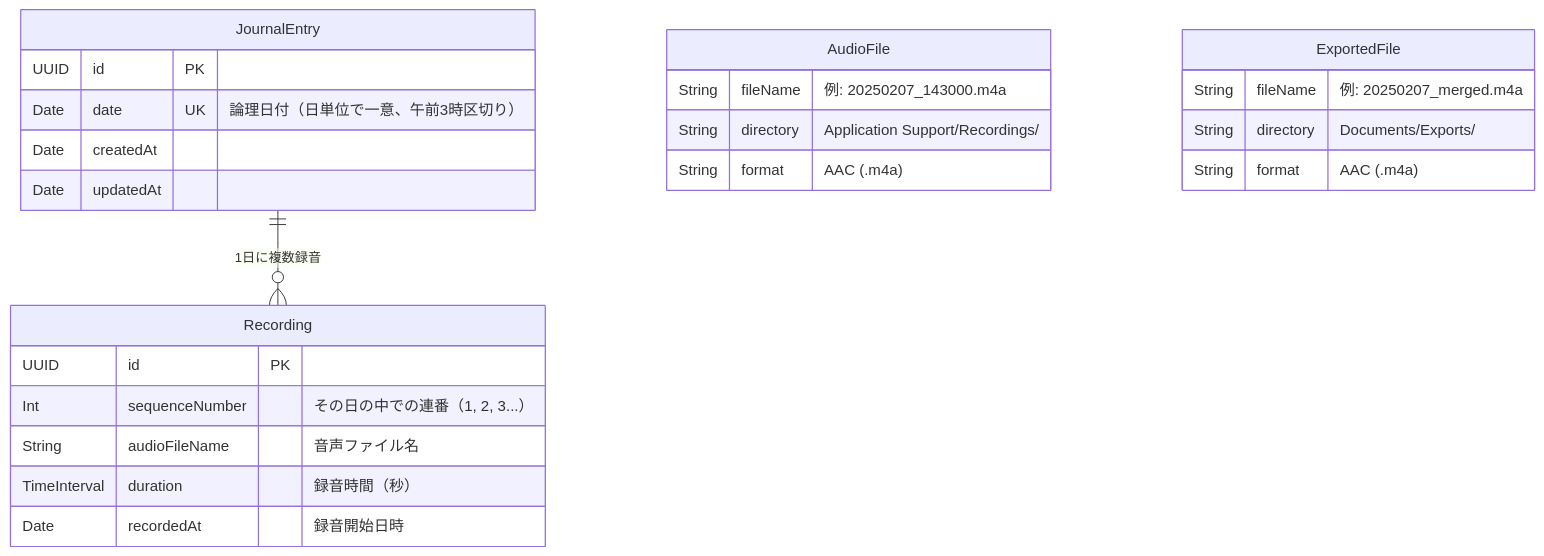
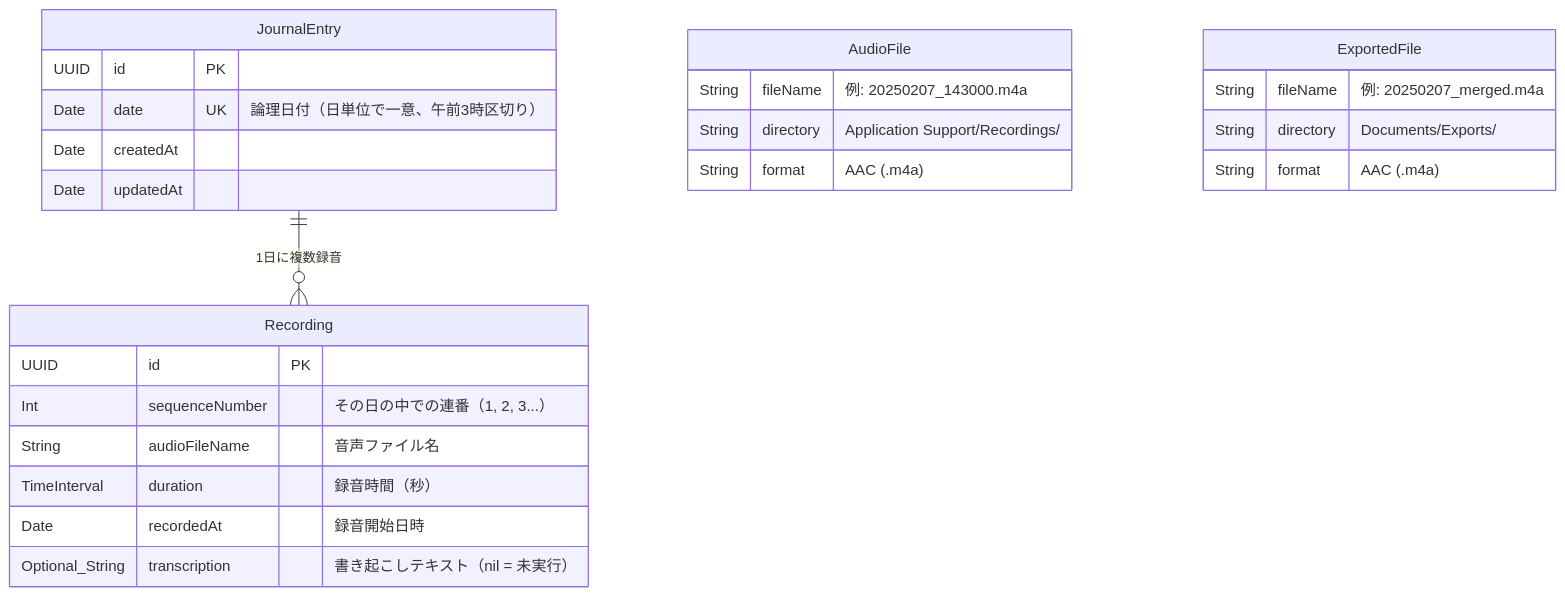
One commit to sy-hash/mind-echo changed the diagram in docs/design-prompt.md. Above: the diagram before and after it, drawn with Mermaid. The commit also changed other lines of this file and 1 other file, not shown here.

````diff
--- a/docs/design-prompt.md
+++ b/docs/design-prompt.md
@@ -81,31 +81,32 @@
 ```mermaid
 erDiagram
     JournalEntry {
         UUID id PK
         Date date UK "論理日付（日単位で一意、午前3時区切り）"
         Date createdAt
         Date updatedAt
     }
 
     Recording {
         UUID id PK
         Int sequenceNumber "その日の中での連番（1, 2, 3...）"
         String audioFileName "音声ファイル名"
         TimeInterval duration "録音時間（秒）"
         Date recordedAt "録音開始日時"
+        Optional_String transcription "書き起こしテキスト（nil = 未実行）"
     }
 
     JournalEntry ||--o{ Recording : "1日に複数録音"
 
     AudioFile {
         String fileName "例: 20250207_143000.m4a"
         String directory "Application Support/Recordings/"
         String format "AAC (.m4a)"
     }
 
     ExportedFile {
         String fileName "例: 20250207_merged.m4a"
         String directory "Documents/Exports/"
         String format "AAC (.m4a)"
     }
 ```
````
